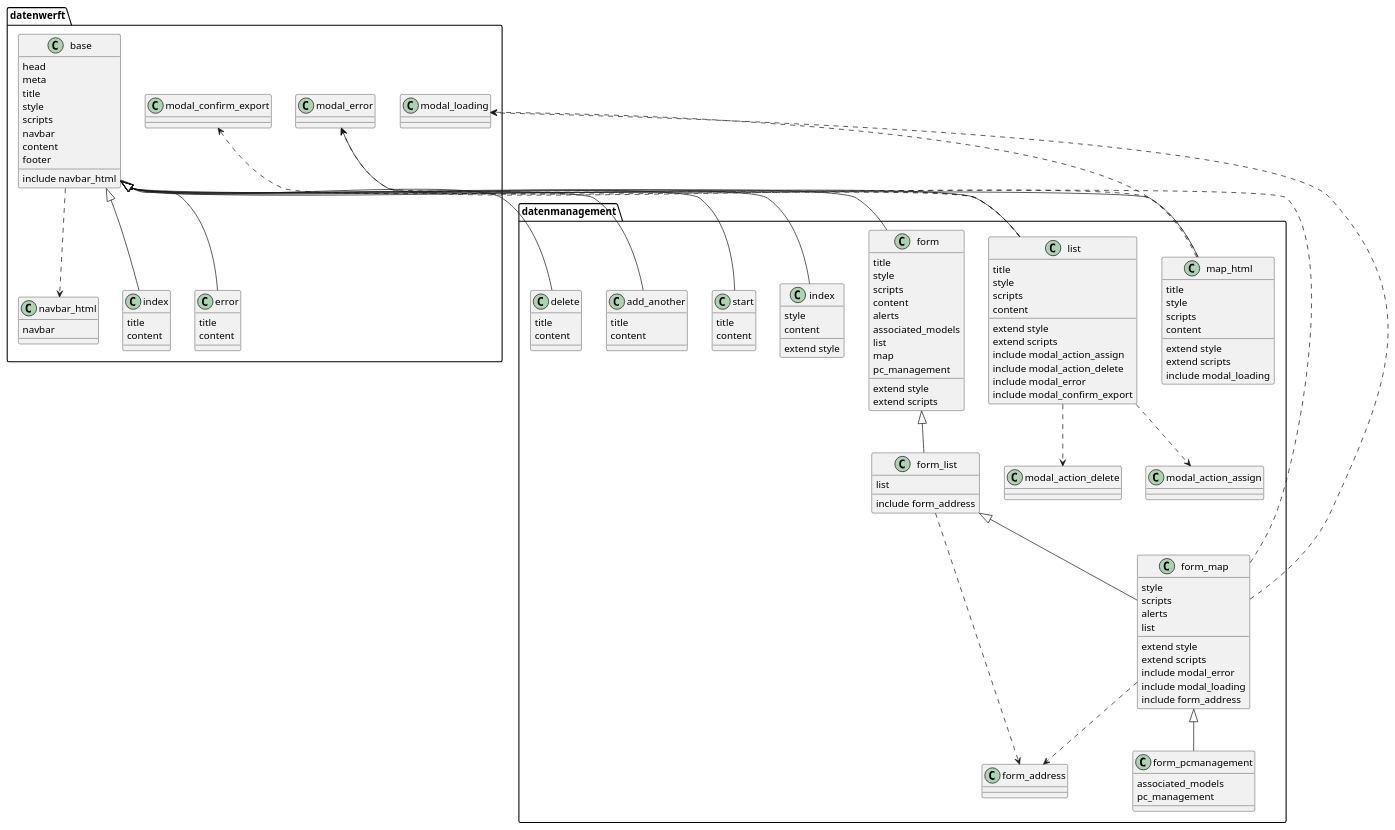
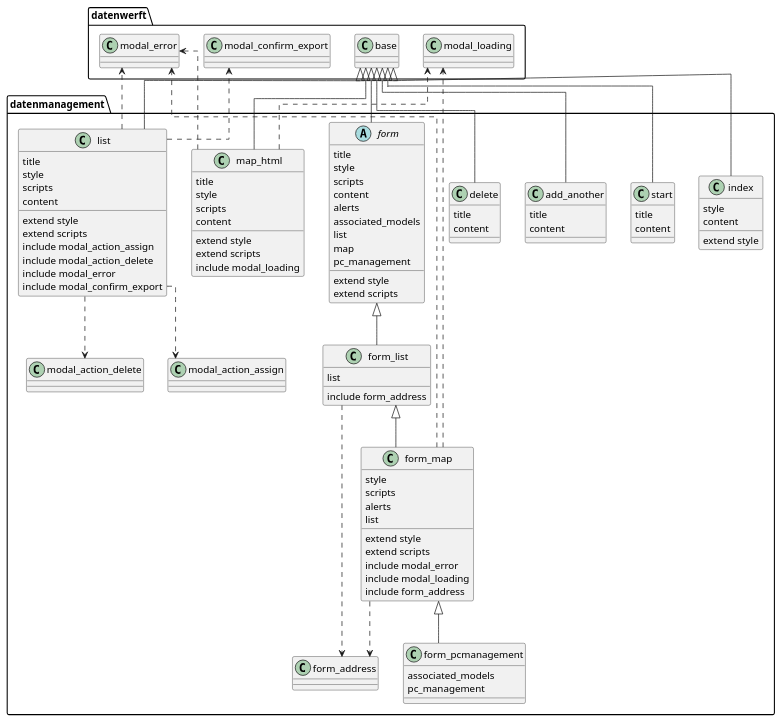
Before and after one commit to rostock/datenwerft: the diagram in datenmanagement/templates/datenmanagement/template_structure.puml, drawn with PlantUML. The commit also changed 4 other files, not shown here.

```diff
--- a/datenmanagement/templates/datenmanagement/template_structure.puml
+++ b/datenmanagement/templates/datenmanagement/template_structure.puml
@@ -1,150 +1,114 @@
 @startuml
-package datenwerft{
-  class base {
-    {field} head
-    {field} meta
-    {field} title
-    {field} style
-    {field} scripts
-    {field} navbar
-    {field} content
-    {field} footer
-    {method} include navbar_html
-  }
-
-  class navbar_html {
-    {field} navbar
-  }
-
-  class index {
-    {field} title
-    {field} content
-  }
-
-  class error {
-    {field} title
-    {field} content
-  }
-
-  class modal_confirm_export {}
-  class modal_error {}
-  class modal_loading {}
-}
-
+skinparam linetype ortho
 
 package datenmanagement {
   class add_another {
     {field} title
     {field} content
   }
 
   class delete {
     {field} title
     {field} content
   }
 
-  class form {
+  abstract form {
     {field} title
     {field} style
     {field} scripts
     {field} content
     {field} alerts
     {field} associated_models
     {field} list
     {field} map
     {field} pc_management
     {method} extend style
     {method} extend scripts
   }
 
   class form_address {}
 
   class form_list {
     {field} list
     {method} include form_address
   }
 
   class form_map {
     {field} style
     {field} scripts
     {field} alerts
     {field} list
     {method} extend style
     {method} extend scripts
     {method} include modal_error
     {method} include modal_loading
     {method} include form_address
   }
 
   class form_pcmanagement {
     {field} associated_models
     {field} pc_management
   }
 
   class index {
     {field} style
     {field} content
     {method} extend style
   }
 
   class list {
     {field} title
     {field} style
     {field} scripts
     {field} content
     {method} extend style
     {method} extend scripts
     {method} include modal_action_assign
     {method} include modal_action_delete
     {method} include modal_error
     {method} include modal_confirm_export
   }
 
   class map_html {
     {field} title
     {field} style
     {field} scripts
     {field} content
     {method} extend style
     {method} extend scripts
     {method} include modal_loading
   }
 
   class modal_action_assign {}
   class modal_action_delete {}
 
   class start {
     {field} title
     {field} content
   }
 }
 
-
-datenwerft.base ..> datenwerft.navbar_html
-datenwerft.base <|-- datenwerft.index
-datenwerft.base <|-- datenwerft.error
-
 datenwerft.base <|-- datenmanagement.add_another
 datenwerft.base <|-- datenmanagement.delete
 datenwerft.base <|-- datenmanagement.form
 datenwerft.base <|-- datenmanagement.index
 datenwerft.base <|-- datenmanagement.list
 datenwerft.base <|-- datenmanagement.map_html
 datenwerft.base <|-- datenmanagement.start
 
 
 datenmanagement.form <|-- datenmanagement.form_list
 datenmanagement.form_list <|-- datenmanagement.form_map
 datenmanagement.form_map <|-- datenmanagement.form_pcmanagement
 datenmanagement.form_list ..> datenmanagement.form_address
 datenmanagement.form_map ..> datenwerft.modal_error
 datenmanagement.form_map ..> datenwerft.modal_loading
 datenmanagement.form_map ..> datenmanagement.form_address
 datenmanagement.list ..> datenwerft.modal_error
 datenmanagement.list ..> datenwerft.modal_confirm_export
 datenmanagement.list ..> datenmanagement.modal_action_assign
 datenmanagement.list ..> datenmanagement.modal_action_delete
 datenmanagement.map_html ..> datenwerft.modal_error
 datenmanagement.map_html ..> datenwerft.modal_loading
 
 @enduml
```
